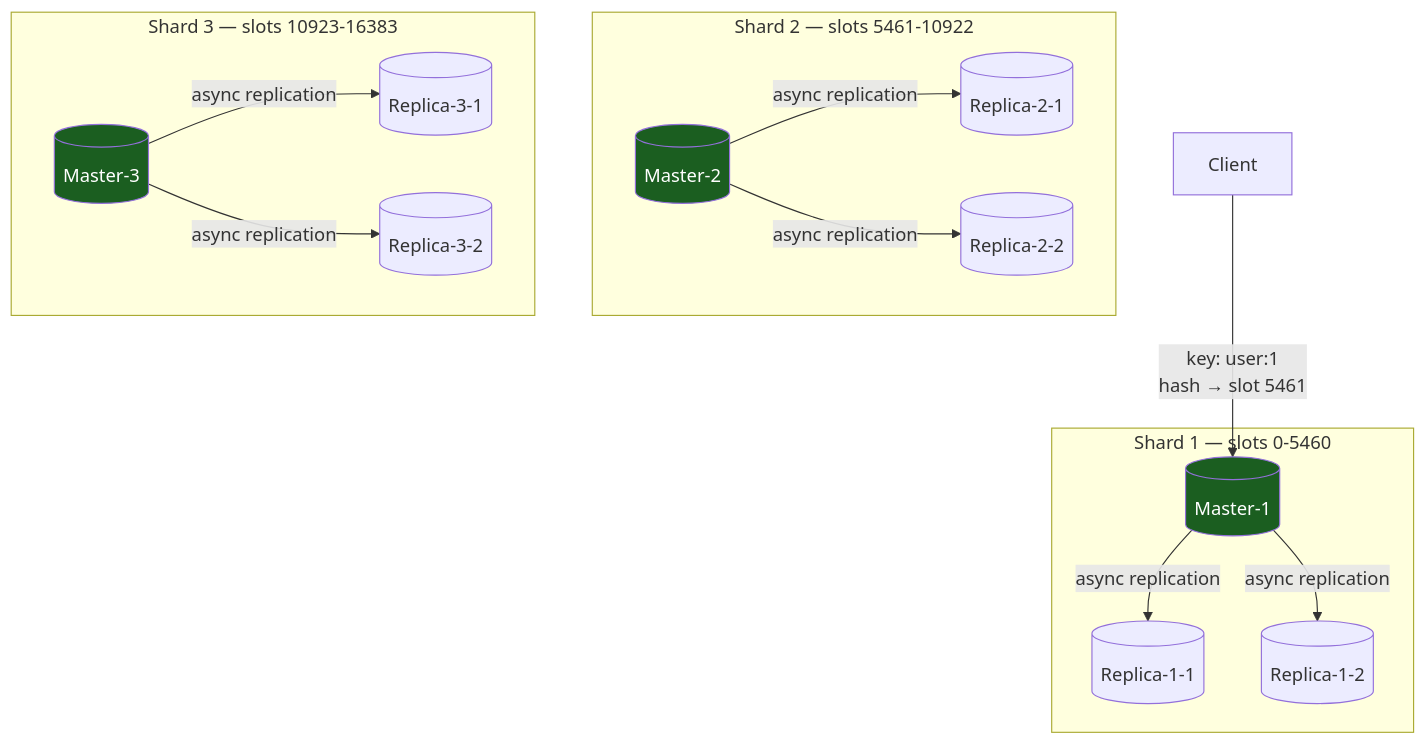
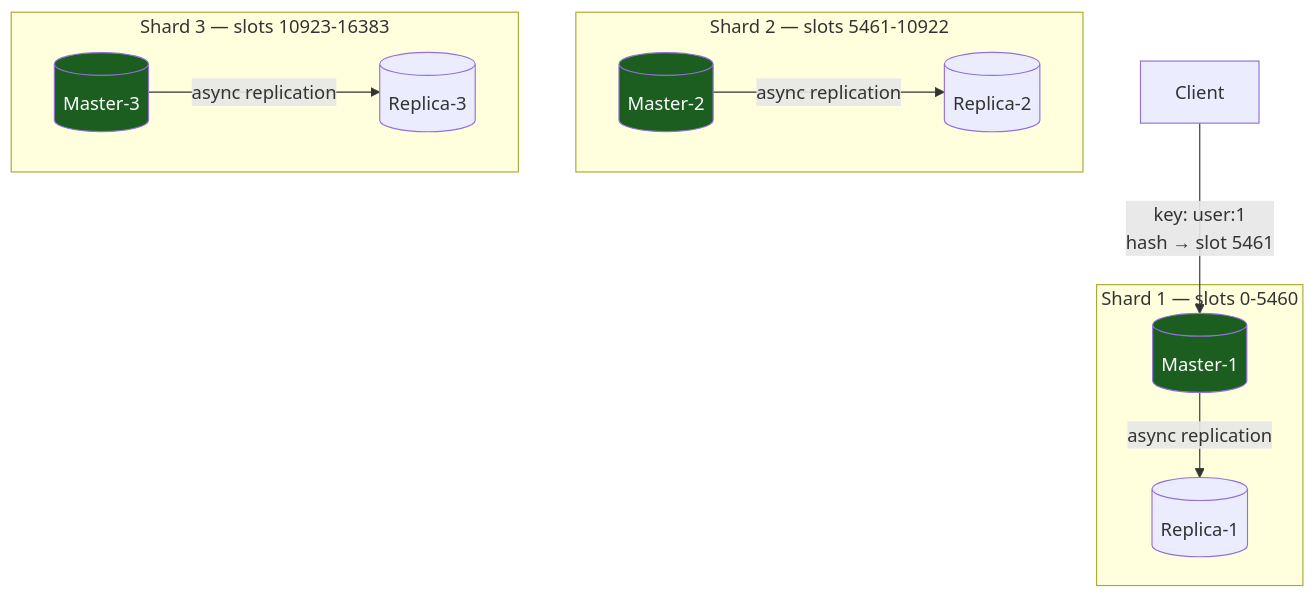
Before and after one commit to sanketn26/interview-prep: the diagram in docs/databases/redis.md, drawn with Mermaid. The commit also changed other lines of this file and 93 other files, not shown here.

````diff
--- a/docs/databases/redis.md
+++ b/docs/databases/redis.md
@@ -229,19 +232,16 @@
 ```mermaid
 flowchart TB
     subgraph M1G["Shard 1 — slots 0-5460"]
-        Ma1[("Master-1")] -->|"async replication"| Ra1[("Replica-1-1")]
-        Ma1 -->|"async replication"| Ra2[("Replica-1-2")]
+        Ma1[("Master-1")] -->|"async replication"| Ra1[("Replica-1")]
     end
     subgraph M2G["Shard 2 — slots 5461-10922"]
-        Ma2[("Master-2")] -->|"async replication"| Rb1[("Replica-2-1")]
-        Ma2 -->|"async replication"| Rb2[("Replica-2-2")]
+        Ma2[("Master-2")] -->|"async replication"| Rb1[("Replica-2")]
     end
     subgraph M3G["Shard 3 — slots 10923-16383"]
-        Ma3[("Master-3")] -->|"async replication"| Rc1[("Replica-3-1")]
-        Ma3 -->|"async replication"| Rc2[("Replica-3-2")]
+        Ma3[("Master-3")] -->|"async replication"| Rc1[("Replica-3")]
     end
     Client["Client"] -->|"key: user:1<br/>hash → slot 5461"| Ma1
     style Ma1 fill:#1b5e20,color:#fff
     style Ma2 fill:#1b5e20,color:#fff
     style Ma3 fill:#1b5e20,color:#fff
 ```
````
